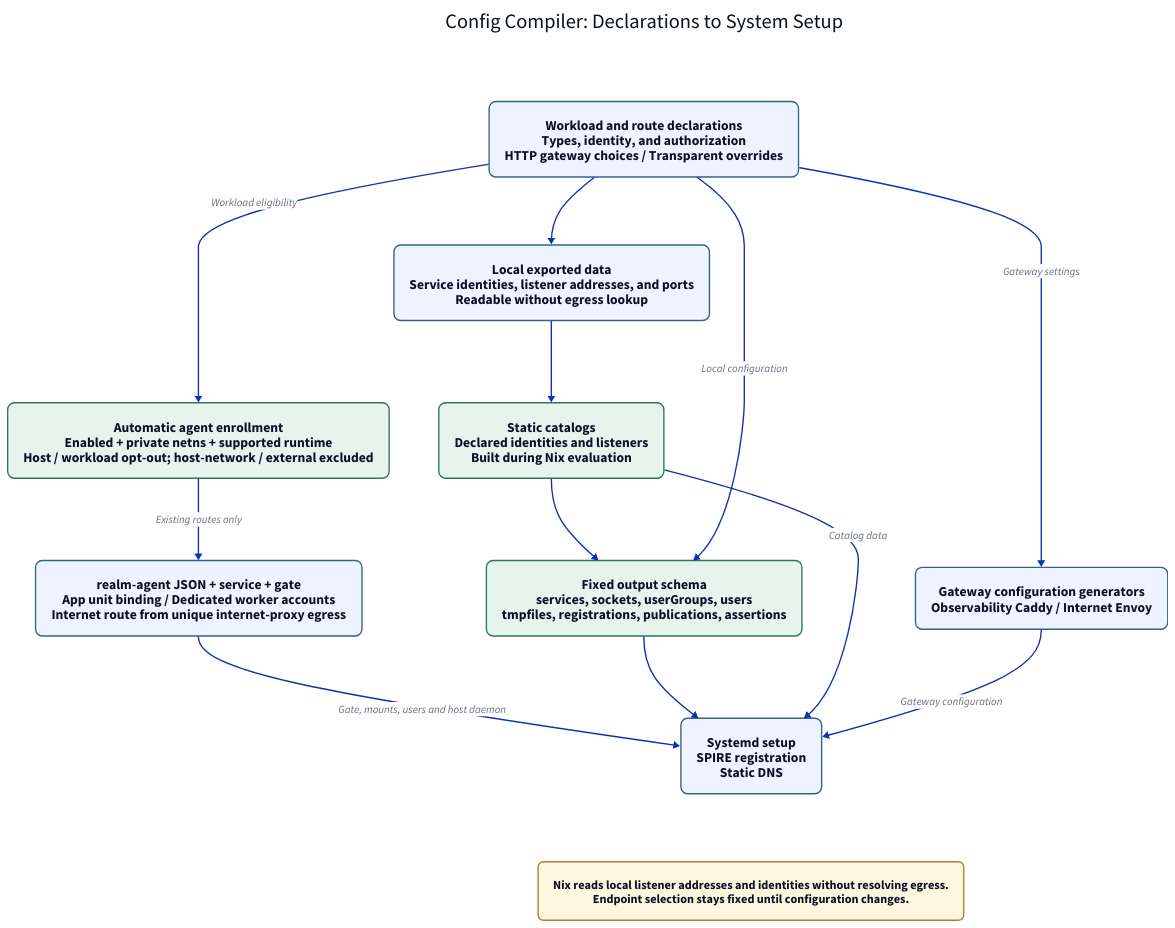
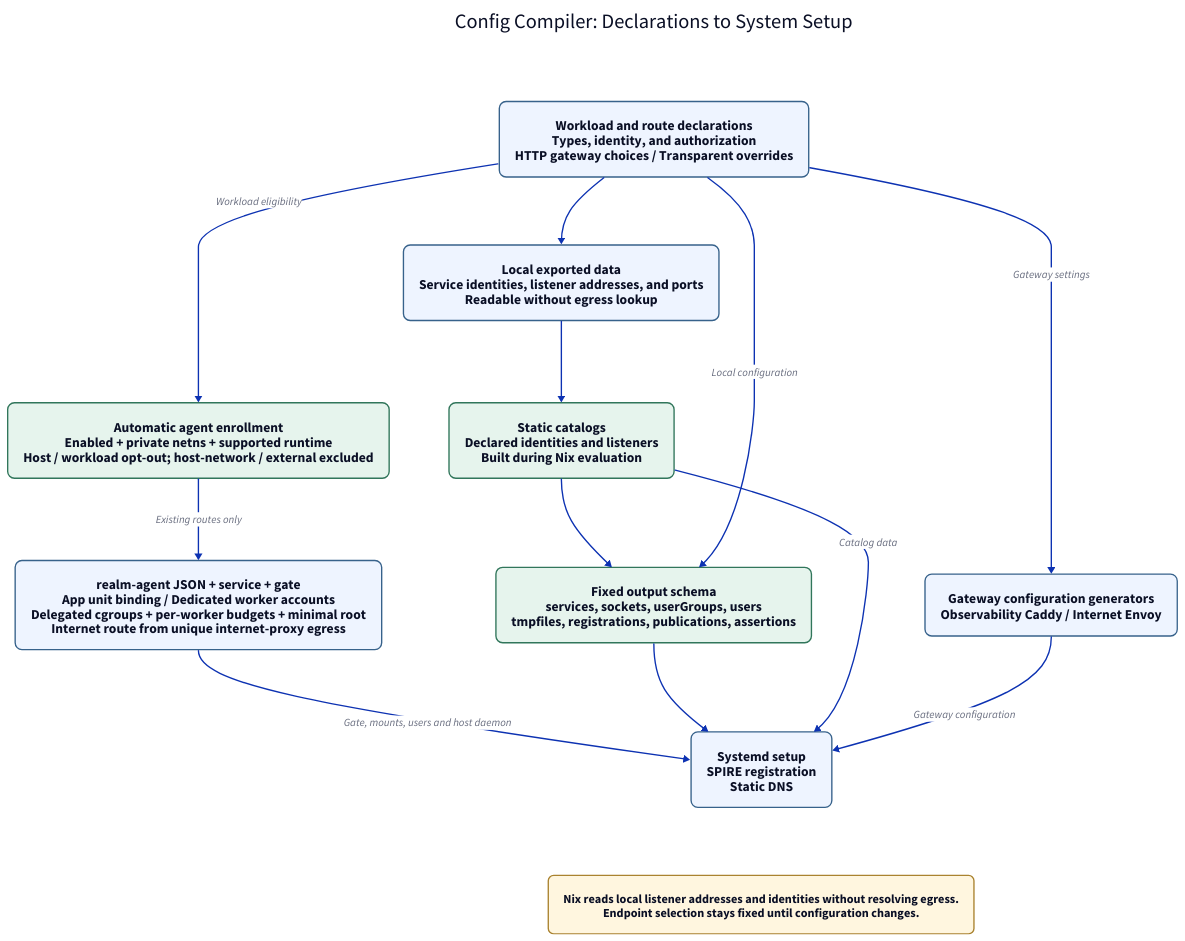
Before and after one commit to oluceps/nixos-config: the diagram in layout/config-compiler.d2, drawn with D2. The commit also changed 25 other files, not shown here.

Commit message:
fix(realm): isolate agent workers and recovery failures

```diff
--- a/layout/config-compiler.d2
+++ b/layout/config-compiler.d2
@@ -1,31 +1,31 @@
 direction: down
 vars: { d2-config: { theme-id: 0 } }
 classes: {
   node: { style: { fill: "#eef4ff"; stroke: "#37628b"; border-radius: 10; font-size: 20 } }
   gateway: { style: { fill: "#e6f4ed"; stroke: "#31765b"; border-radius: 10; font-size: 20 } }
   note: { style: { fill: "#fff6df"; stroke: "#aa8330"; border-radius: 8; font-size: 18 } }
 }
 title: "Config Compiler: Declarations to System Setup" { shape: text; style.font-size: 30 }
 declarations: "Workload and route declarations\nTypes, identity, and authorization\nHTTP gateway choices / Transparent overrides" { class: node }
 local: "Local exported data\nService identities, listener addresses, and ports\nReadable without egress lookup" { class: node }
 aggregate: "Static catalogs\nDeclared identities and listeners\nBuilt during Nix evaluation" { class: gateway }
 compile: "Fixed output schema\nservices, sockets, userGroups, users\ntmpfiles, registrations, publications, assertions" { class: gateway }
 outputs: "Systemd setup\nSPIRE registration\nStatic DNS" { class: node }
 native: "Gateway configuration generators\nObservability Caddy / Internet Envoy" { class: node }
 enrollment: "Automatic agent enrollment\nEnabled + private netns + supported runtime\nHost / workload opt-out; host-network / external excluded" { class: gateway }
-agent: "realm-agent JSON + service + gate\nApp unit binding / Dedicated worker accounts\nInternet route from unique internet-proxy egress" { class: node }
+agent: "realm-agent JSON + service + gate\nApp unit binding / Dedicated worker accounts\nDelegated cgroups + per-worker budgets + minimal root\nInternet route from unique internet-proxy egress" { class: node }
 notes: "Nix reads local listener addresses and identities without resolving egress.\nEndpoint selection stays fixed until configuration changes." { class: note }
 declarations -> enrollment: "Workload eligibility"
 enrollment -> agent: "Existing routes only"
 agent -> outputs: "Gate, mounts, users and host daemon"
 declarations -> local
 local -> aggregate
 aggregate -> compile
 declarations -> compile: "Local configuration"
 compile -> outputs
 aggregate -> outputs: "Catalog data"
 declarations -> native: "Gateway settings"
 native -> outputs: "Gateway configuration"
 # Invisible edges place the title and note on their own rows.
 title -> declarations: { style.opacity: 0 }
 outputs -> notes: { style.opacity: 0 }
```
